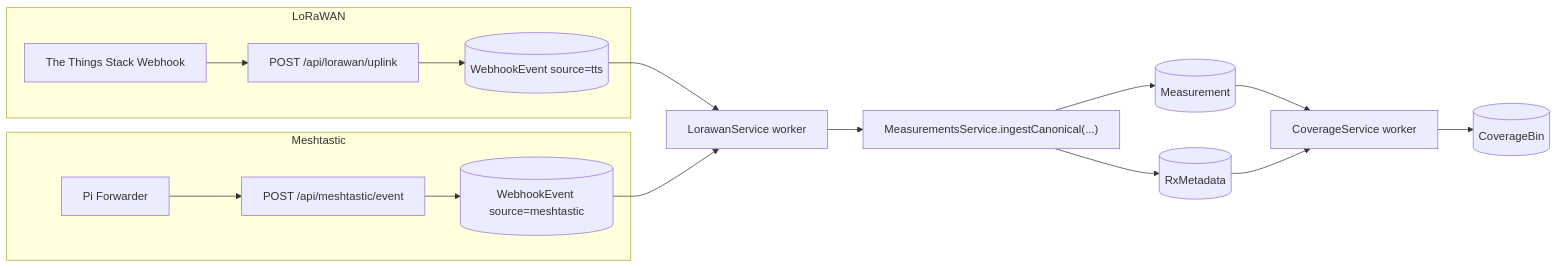
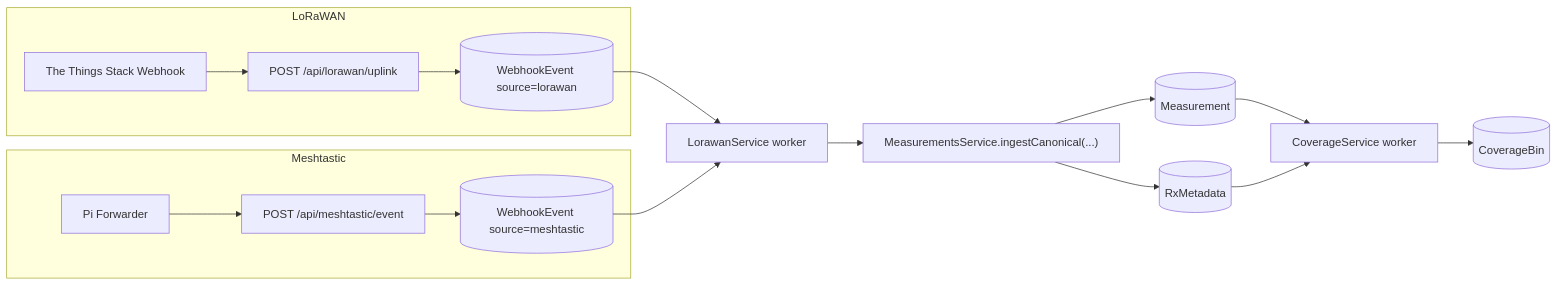
Before and after one commit to kpax2049/loramapr: the first of 2 diagrams in docs/wiki/Architecture.md, drawn with Mermaid. The commit also changed other lines of this file and 9 other files, not shown here.

````diff
--- a/docs/wiki/Architecture.md
+++ b/docs/wiki/Architecture.md
@@ -52,21 +52,21 @@
 ```mermaid
 flowchart LR
   subgraph LoRaWAN
     TTS[The Things Stack Webhook] --> UPLINK["POST /api/lorawan/uplink"]
-    UPLINK --> WEVT1[(WebhookEvent source=tts)]
+    UPLINK --> WEVT1[(WebhookEvent source=lorawan)]
   end
 
   subgraph Meshtastic
     PI[Pi Forwarder] --> MEVT["POST /api/meshtastic/event"]
     MEVT --> WEVT2[(WebhookEvent source=meshtastic)]
   end
 
   WEVT1 --> WORKER["LorawanService worker"]
   WEVT2 --> WORKER
   WORKER --> INGEST["MeasurementsService.ingestCanonical(...)"]
   INGEST --> M[(Measurement)]
   INGEST --> RX[(RxMetadata)]
   M --> COV["CoverageService worker"]
   RX --> COV
   COV --> BIN[(CoverageBin)]
 ```
````
